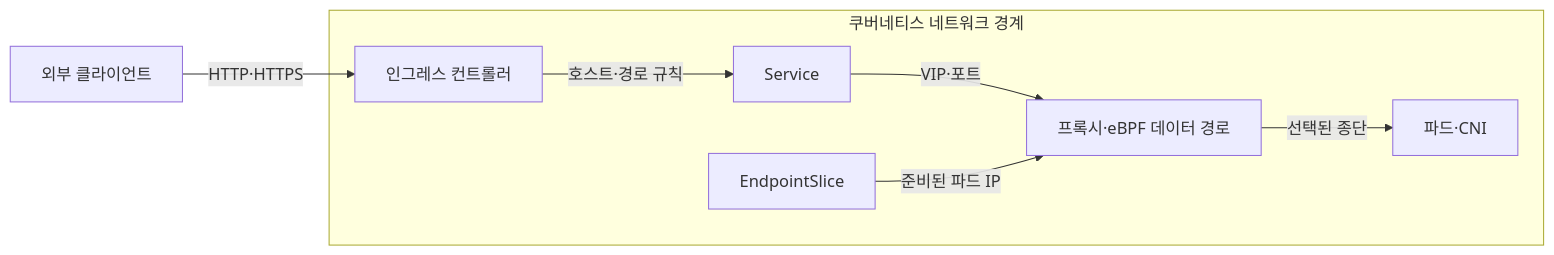
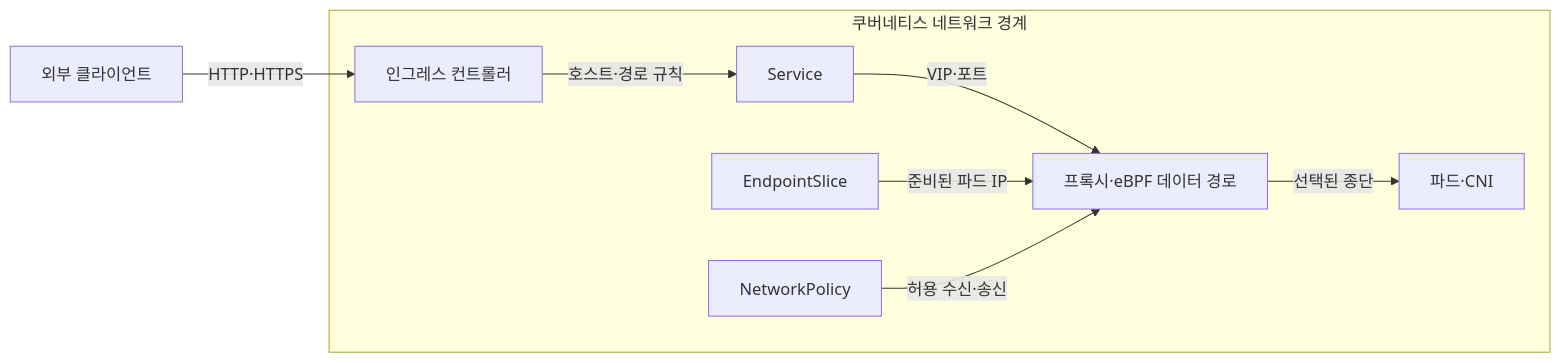
The first of 2 diagrams in src/content/docs/notes/04-network/062_kubernetes_networking.md (agnusdei1207/knowledge-base), drawn with Mermaid before and after one commit. The commit also changed other lines of this file and 7 other files, not shown here.

````diff
--- a/src/content/docs/notes/04-network/062_kubernetes_networking.md
+++ b/src/content/docs/notes/04-network/062_kubernetes_networking.md
@@ -63,16 +62,18 @@
 ```mermaid
 flowchart LR
     CLIENT[외부 클라이언트]
     subgraph K[쿠버네티스 네트워크 경계]
         ING[인그레스 컨트롤러]
         SVC[Service]
         EP[EndpointSlice]
+        NP[NetworkPolicy]
         DP[프록시·eBPF 데이터 경로]
         POD[파드·CNI]
         ING -->|호스트·경로 규칙| SVC
         SVC -->|VIP·포트| DP
         EP -->|준비된 파드 IP| DP
+        NP -->|허용 수신·송신| DP
         DP -->|선택된 종단| POD
     end
     CLIENT -->|HTTP·HTTPS| ING
 ```
````
